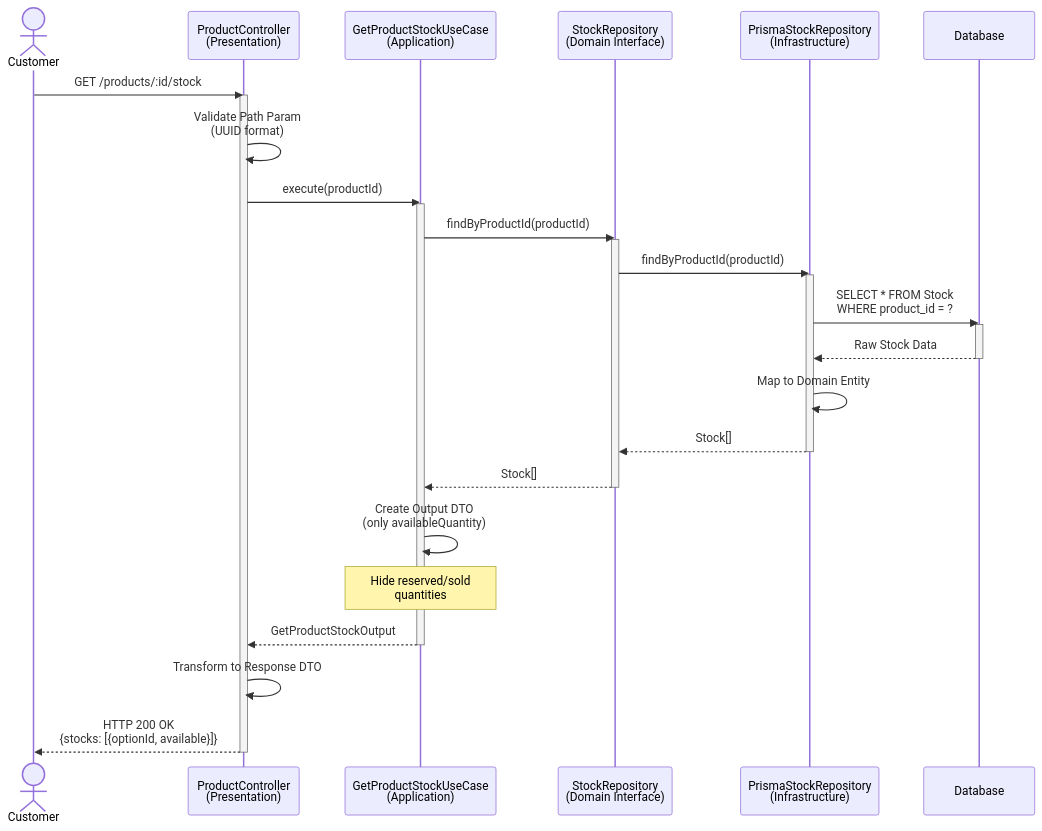
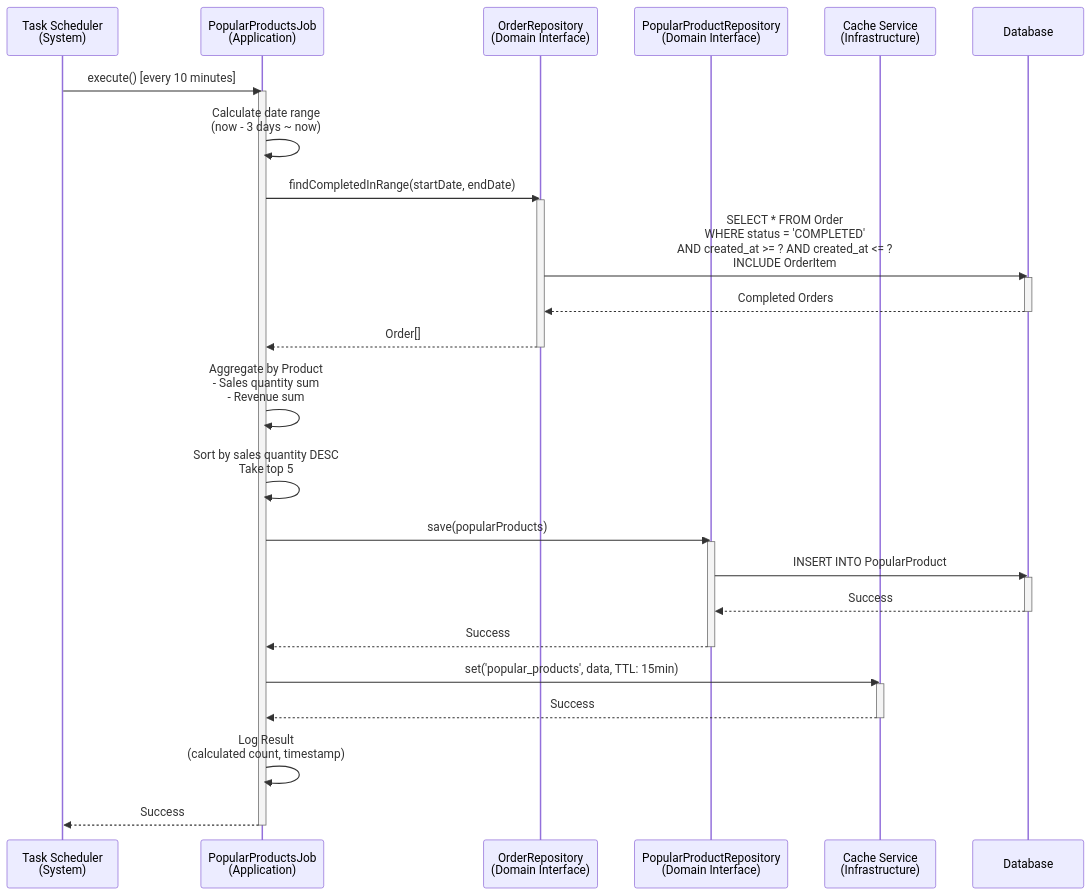
Before and after one commit to ywj3493/hhplus-e-commerce: the fourth of 5 diagrams in docs/dev/dashboard/product/sequence-diagrams.md, drawn with Mermaid. The commit also changed other lines of this file and 2 other files, not shown here.

First line of the commit message:
docs: update product domain documentation for Issue #007

````diff
--- a/docs/dev/dashboard/product/sequence-diagrams.md
+++ b/docs/dev/dashboard/product/sequence-diagrams.md
@@ -857,44 +637,46 @@
 ```mermaid
 sequenceDiagram
-    actor Customer
-    participant Controller as ProductController<br/>(Presentation)
-    participant UseCase as GetProductStockUseCase<br/>(Application)
-    participant StockRepo as StockRepository<br/>(Domain Interface)
-    participant StockImpl as PrismaStockRepository<br/>(Infrastructure)
+    participant Scheduler as Task Scheduler<br/>(System)
+    participant BatchJob as PopularProductsJob<br/>(Application)
+    participant OrderRepo as OrderRepository<br/>(Domain Interface)
+    participant PopularRepo as PopularProductRepository<br/>(Domain Interface)
+    participant Cache as Cache Service<br/>(Infrastructure)
     participant DB as Database
 
-    Customer->>Controller: GET /products/:id/stock
-    activate Controller
+    Scheduler->>BatchJob: execute() [every 10 minutes]
+    activate BatchJob
 
-    Controller->>Controller: Validate Path Param<br/>(UUID format)
+    BatchJob->>BatchJob: Calculate date range<br/>(now - 3 days ~ now)
 
-    Controller->>UseCase: execute(productId)
-    activate UseCase
+    BatchJob->>OrderRepo: findCompletedInRange(startDate, endDate)
+    activate OrderRepo
+    OrderRepo->>DB: SELECT * FROM Order<br/>WHERE status = 'COMPLETED'<br/>AND created_at >= ? AND created_at <= ?<br/>INCLUDE OrderItem
+    activate DB
+    DB-->>OrderRepo: Completed Orders
+    deactivate DB
+    OrderRepo-->>BatchJob: Order[]
+    deactivate OrderRepo
 
-    UseCase->>StockRepo: findByProductId(productId)
-    activate StockRepo
+    BatchJob->>BatchJob: Aggregate by Product<br/>- Sales quantity sum<br/>- Revenue sum
 
-    StockRepo->>StockImpl: findByProductId(productId)
-    activate StockImpl
+    BatchJob->>BatchJob: Sort by sales quantity DESC<br/>Take top 5
 
-    StockImpl->>DB: SELECT * FROM Stock<br/>WHERE product_id = ?
+    BatchJob->>PopularRepo: save(popularProducts)
+    activate PopularRepo
+    PopularRepo->>DB: INSERT INTO PopularProduct
     activate DB
-    DB-->>StockImpl: Raw Stock Data
+    DB-->>PopularRepo: Success
     deactivate DB
+    PopularRepo-->>BatchJob: Success
+    deactivate PopularRepo
 
-    StockImpl->>StockImpl: Map to Domain Entity
-    StockImpl-->>StockRepo: Stock[]
-    deactivate StockImpl
+    BatchJob->>Cache: set('popular_products', data, TTL: 15min)
+    activate Cache
+    Cache-->>BatchJob: Success
+    deactivate Cache
 
-    StockRepo-->>UseCase: Stock[]
-    deactivate StockRepo
+    BatchJob->>BatchJob: Log Result<br/>(calculated count, timestamp)
 
-    UseCase->>UseCase: Create Output DTO<br/>(only availableQuantity)
-    Note over UseCase: Hide reserved/sold<br/>quantities
-    UseCase-->>Controller: GetProductStockOutput
-    deactivate UseCase
-
-    Controller->>Controller: Transform to Response DTO
-    Controller-->>Customer: HTTP 200 OK<br/>{stocks: [{optionId, available}]}
-    deactivate Controller
+    BatchJob-->>Scheduler: Success
+    deactivate BatchJob
 ```
````
